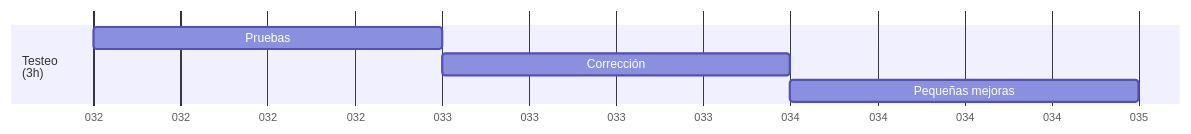
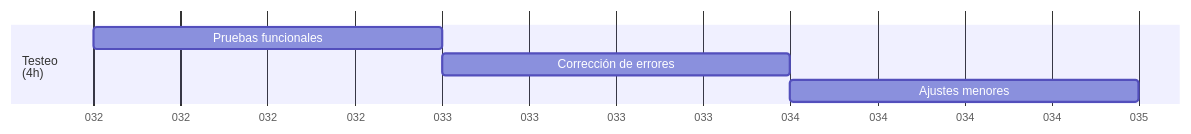
The eighth of 9 diagrams in .md/roadmap.md (Covija97/badentracker), drawn with Mermaid before and after one commit. The commit also changed other lines of this file, not shown here.

Commit message:
Refactor roadmap.md to update project planning, database design, and CRUD sections

````diff
--- a/.md/roadmap.md
+++ b/.md/roadmap.md
@@ -124,10 +128,10 @@
 ```mermaid
 gantt
     dateFormat  DDD
     axisFormat %j
 
-    section Testeo<br>(3h)
-    Pruebas                     : 02-01, 1d
-    Corrección                  : 02-02, 1d
-    Pequeñas mejoras            : 02-03, 1d
+    section Testeo<br>(4h)
+    Pruebas funcionales         : 02-01, 1d
+    Corrección de errores       : 02-02, 1d
+    Ajustes menores             : 02-03, 1d
 ```
````
